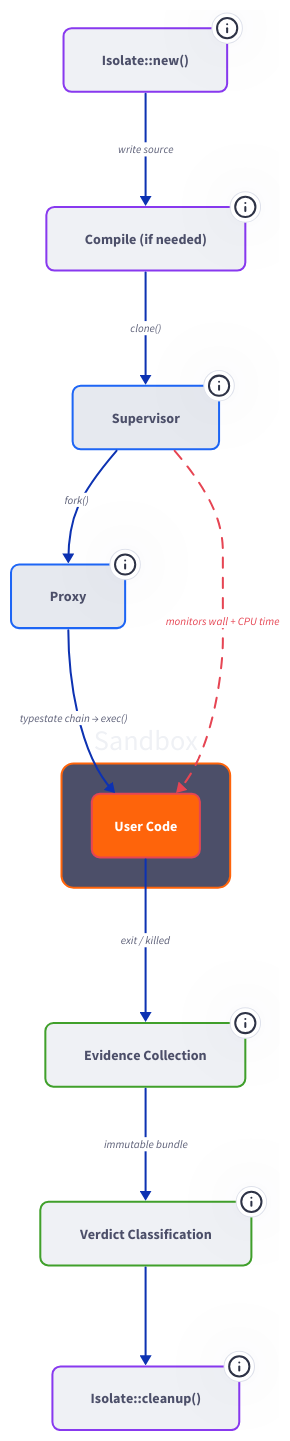
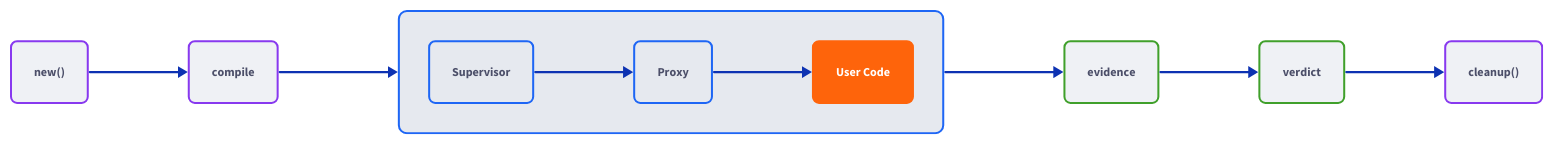
The diagram in docs-site/src/assets/diagrams/lifecycle.d2 (orkait/rustbox), drawn with D2 before and after one commit. The commit also changed 7 other files, not shown here.

First line of the commit message:
docs: fix diagram layout, contrast, and sizing

```diff
--- a/docs-site/src/assets/diagrams/lifecycle.d2
+++ b/docs-site/src/assets/diagrams/lifecycle.d2
@@ -1,104 +1,85 @@
-direction: down
+direction: right
 
 setup: {
-  label: "Isolate::new()"
-  tooltip: "Allocate UID, create cgroup, capture baseline"
+  label: "new()"
   style.fill: "#eff1f5"
   style.stroke: "#8839ef"
   style.font-color: "#4c4f69"
-  style.border-radius: 8
-  style.font-size: 14
+  style.border-radius: 6
+  style.font-size: 12
 }
 
 compile: {
-  label: "Compile (if needed)"
-  tooltip: "C++: g++ outside sandbox. Java: javac"
+  label: "compile"
   style.fill: "#eff1f5"
   style.stroke: "#8839ef"
   style.font-color: "#4c4f69"
-  style.border-radius: 8
-  style.font-size: 14
+  style.border-radius: 6
+  style.font-size: 12
 }
 
-supervisor: {
-  label: "Supervisor"
-  tooltip: "clone() into new namespaces"
+supervise: {
+  label: ""
   style.fill: "#e6e9ef"
   style.stroke: "#1e66f5"
-  style.font-color: "#4c4f69"
   style.border-radius: 8
-  style.font-size: 14
-}
 
-proxy: {
-  label: "Proxy"
-  tooltip: "fork() payload through typestate chain"
-  style.fill: "#e6e9ef"
-  style.stroke: "#1e66f5"
-  style.font-color: "#4c4f69"
-  style.border-radius: 8
-  style.font-size: 14
-}
+  supervisor: {
+    label: "Supervisor"
+    style.fill: "#e6e9ef"
+    style.stroke: "#1e66f5"
+    style.font-color: "#4c4f69"
+    style.border-radius: 6
+    style.font-size: 12
+  }
 
-sandbox: {
-  label: "Sandbox"
-  style.fill: "#4c4f69"
-  style.stroke: "#fe640b"
-  style.font-color: "#eff1f5"
-  style.border-radius: 12
+  proxy: {
+    label: "Proxy"
+    style.fill: "#e6e9ef"
+    style.stroke: "#1e66f5"
+    style.font-color: "#4c4f69"
+    style.border-radius: 6
+    style.font-size: 12
+  }
 
   payload: {
     label: "User Code"
     style.fill: "#fe640b"
-    style.stroke: "#e64553"
+    style.stroke: "#fe640b"
     style.font-color: "#ffffff"
-    style.border-radius: 8
-    style.font-size: 14
+    style.border-radius: 6
+    style.font-size: 12
     style.bold: true
   }
+
+  supervisor -> proxy -> payload
 }
 
 evidence: {
-  label: "Evidence Collection"
-  tooltip: "cgroup stats, wait status, timing"
+  label: "evidence"
   style.fill: "#eff1f5"
   style.stroke: "#40a02b"
   style.font-color: "#4c4f69"
-  style.border-radius: 8
-  style.font-size: 14
+  style.border-radius: 6
+  style.font-size: 12
 }
 
 verdict: {
-  label: "Verdict Classification"
-  tooltip: "Pure function: evidence bundle → verdict"
+  label: "verdict"
   style.fill: "#eff1f5"
   style.stroke: "#40a02b"
   style.font-color: "#4c4f69"
-  style.border-radius: 8
-  style.font-size: 14
+  style.border-radius: 6
+  style.font-size: 12
 }
 
 cleanup: {
-  label: "Isolate::cleanup()"
-  tooltip: "Verify baseline, remove cgroup, wipe workdir, release UID"
+  label: "cleanup()"
   style.fill: "#eff1f5"
   style.stroke: "#8839ef"
   style.font-color: "#4c4f69"
-  style.border-radius: 8
-  style.font-size: 14
+  style.border-radius: 6
+  style.font-size: 12
 }
 
-setup -> compile: "write source" {style.font-color: "#5c5f77"; style.font-size: 11}
-compile -> supervisor: "clone()" {style.font-color: "#5c5f77"; style.font-size: 11}
-supervisor -> proxy: "fork()" {style.font-color: "#5c5f77"; style.font-size: 11}
-proxy -> sandbox.payload: "typestate chain → exec()" {style.font-color: "#5c5f77"; style.font-size: 11}
-sandbox.payload -> evidence: "exit / killed" {style.font-color: "#5c5f77"; style.font-size: 11}
-evidence -> verdict: "immutable bundle" {style.font-color: "#5c5f77"; style.font-size: 11}
-verdict -> cleanup {style.font-color: "#5c5f77"}
-
-supervisor -> sandbox.payload: "monitors wall + CPU time" {
-  style.stroke: "#e64553"
-  style.stroke-dash: 5
-  style.font-size: 11
-  style.font-color: "#e64553"
-}
+setup -> compile -> supervise -> evidence -> verdict -> cleanup
```
